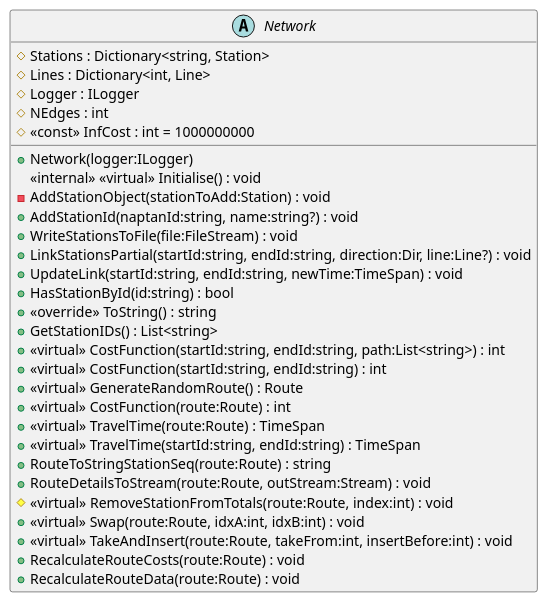
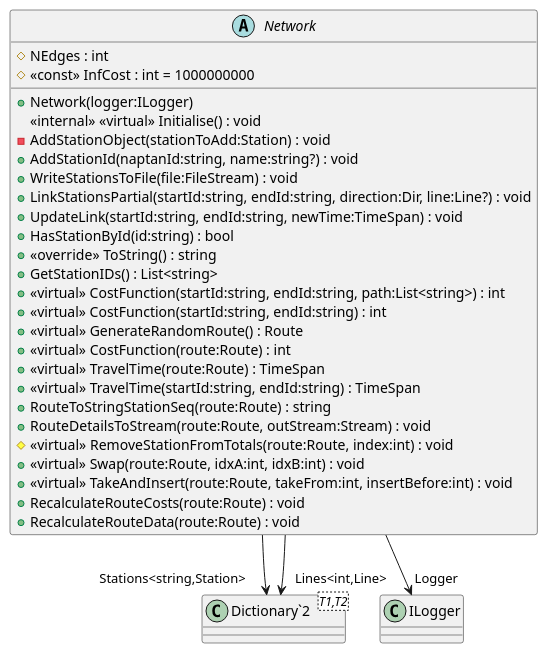
Before and after one commit to Liftyee/london-tube-navigator: the diagram in TubeChallengeRouter/puml/TransportNetwork/Network.puml, drawn with PlantUML. The commit also changed 23 other files, not shown here.

```diff
--- a/TubeChallengeRouter/puml/TransportNetwork/Network.puml
+++ b/TubeChallengeRouter/puml/TransportNetwork/Network.puml
@@ -1,32 +1,34 @@
 @startuml
 abstract class Network {
-    # Stations : Dictionary<string, Station>
-    # Lines : Dictionary<int, Line>
-    # Logger : ILogger
     # NEdges : int
     # <<const>> InfCost : int = 1000000000
     + Network(logger:ILogger)
     <<internal>> <<virtual>> Initialise() : void
     - AddStationObject(stationToAdd:Station) : void
     + AddStationId(naptanId:string, name:string?) : void
     + WriteStationsToFile(file:FileStream) : void
     + LinkStationsPartial(startId:string, endId:string, direction:Dir, line:Line?) : void
     + UpdateLink(startId:string, endId:string, newTime:TimeSpan) : void
     + HasStationById(id:string) : bool
     + <<override>> ToString() : string
     + GetStationIDs() : List<string>
     + <<virtual>> CostFunction(startId:string, endId:string, path:List<string>) : int
     + <<virtual>> CostFunction(startId:string, endId:string) : int
     + <<virtual>> GenerateRandomRoute() : Route
     + <<virtual>> CostFunction(route:Route) : int
     + <<virtual>> TravelTime(route:Route) : TimeSpan
     + <<virtual>> TravelTime(startId:string, endId:string) : TimeSpan
     + RouteToStringStationSeq(route:Route) : string
     + RouteDetailsToStream(route:Route, outStream:Stream) : void
     # <<virtual>> RemoveStationFromTotals(route:Route, index:int) : void
     + <<virtual>> Swap(route:Route, idxA:int, idxB:int) : void
     + <<virtual>> TakeAndInsert(route:Route, takeFrom:int, insertBefore:int) : void
     + RecalculateRouteCosts(route:Route) : void
     + RecalculateRouteData(route:Route) : void
 }
+class "Dictionary`2"<T1,T2> {
+}
+Network --> "Stations<string,Station>" "Dictionary`2"
+Network --> "Lines<int,Line>" "Dictionary`2"
+Network --> "Logger" ILogger
 @enduml
```
